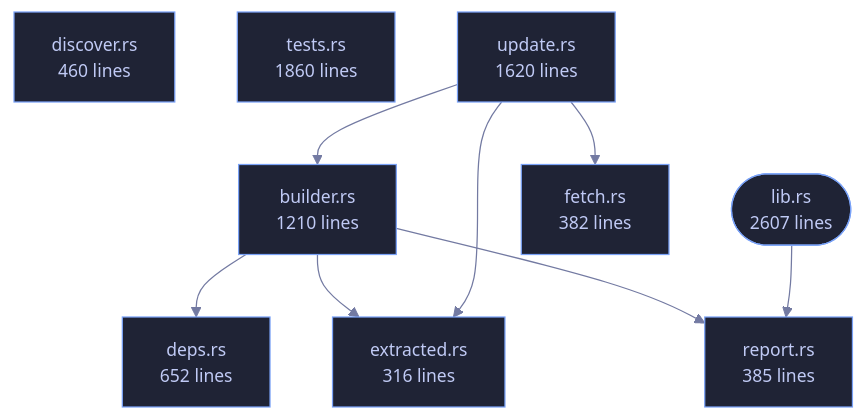
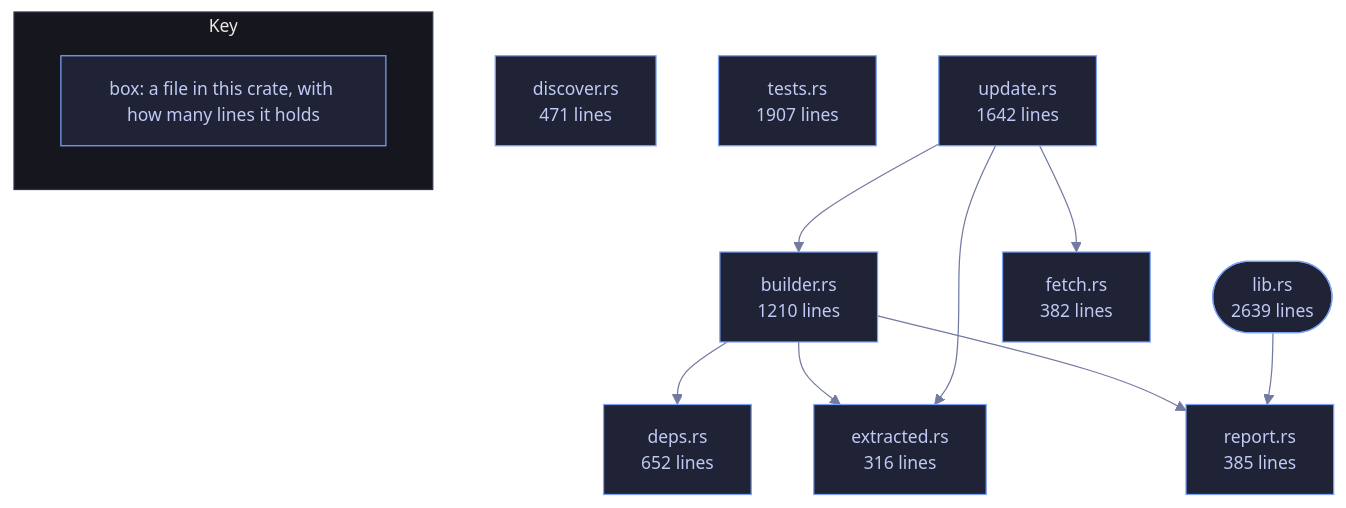
The diagram in wiki/Crate-veilvoice-verify.md (tilas01/veilvoice), drawn with Mermaid before and after one commit. The commit also changed other lines of this file and 1510 other files, not shown here.

First line of the commit message:
Regenerate the documentation, wiki, site, graphs and measured numbers

````diff
--- a/wiki/Crate-veilvoice-verify.md
+++ b/wiki/Crate-veilvoice-verify.md
@@ -86,29 +86,33 @@
 ```mermaid
 %%{init: {"theme":"base","themeVariables":{"background":"#1a1b26","primaryColor":"#1f2335","primaryTextColor":"#c0caf5","primaryBorderColor":"#7aa2f7","secondaryColor":"#16161e","tertiaryColor":"#16161e","lineColor":"#737aa2","textColor":"#c0caf5","mainBkg":"#1f2335","nodeBorder":"#7aa2f7","clusterBkg":"#16161e","clusterBorder":"#2f3549","fontFamily":"ui-monospace, SFMono-Regular, Consolas, monospace","fontSize":"14px"}}}%%
 flowchart TD
-    n_lib(["lib.rs<br/>2607 lines"])
+    n_lib(["lib.rs<br/>2639 lines"])
     n_builder["builder.rs<br/>1210 lines"]
     n_deps["deps.rs<br/>652 lines"]
-    n_discover["discover.rs<br/>460 lines"]
+    n_discover["discover.rs<br/>471 lines"]
     n_extracted["extracted.rs<br/>316 lines"]
     n_fetch["fetch.rs<br/>382 lines"]
     n_report["report.rs<br/>385 lines"]
-    n_tests["tests.rs<br/>1860 lines"]
-    n_update["update.rs<br/>1620 lines"]
+    n_tests["tests.rs<br/>1907 lines"]
+    n_update["update.rs<br/>1642 lines"]
     n_builder --> n_deps
     n_builder --> n_extracted
     n_builder --> n_report
     n_lib --> n_report
     n_update --> n_builder
     n_update --> n_extracted
     n_update --> n_fetch
     click n_lib href "https://github.com/tilas01/veilvoice/blob/main/crates/veilvoice-verify/src/lib.rs" "open the source"
     click n_builder href "https://github.com/tilas01/veilvoice/blob/main/crates/veilvoice-verify/src/builder.rs" "open the source"
     click n_deps href "https://github.com/tilas01/veilvoice/blob/main/crates/veilvoice-verify/src/deps.rs" "open the source"
     click n_discover href "https://github.com/tilas01/veilvoice/blob/main/crates/veilvoice-verify/src/discover.rs" "open the source"
     click n_extracted href "https://github.com/tilas01/veilvoice/blob/main/crates/veilvoice-verify/src/extracted.rs" "open the source"
     click n_fetch href "https://github.com/tilas01/veilvoice/blob/main/crates/veilvoice-verify/src/fetch.rs" "open the source"
     click n_report href "https://github.com/tilas01/veilvoice/blob/main/crates/veilvoice-verify/src/report.rs" "open the source"
     click n_tests href "https://github.com/tilas01/veilvoice/blob/main/crates/veilvoice-verify/src/tests.rs" "open the source"
     click n_update href "https://github.com/tilas01/veilvoice/blob/main/crates/veilvoice-verify/src/update.rs" "open the source"
+    subgraph chart_key ["Key"]
+        direction LR
+        key_box["box: a file in this crate, with how many lines it holds"]
+    end
 ```
````
